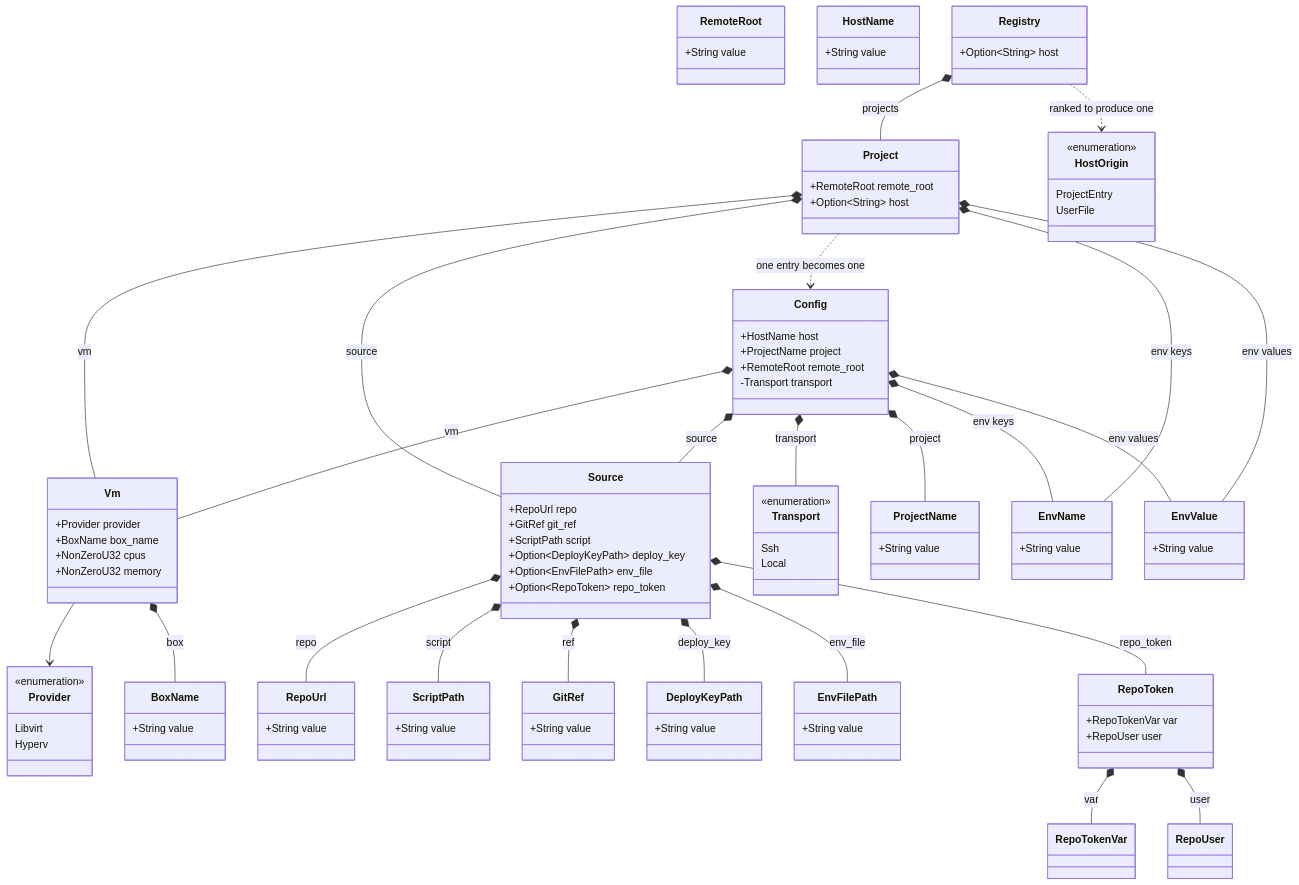
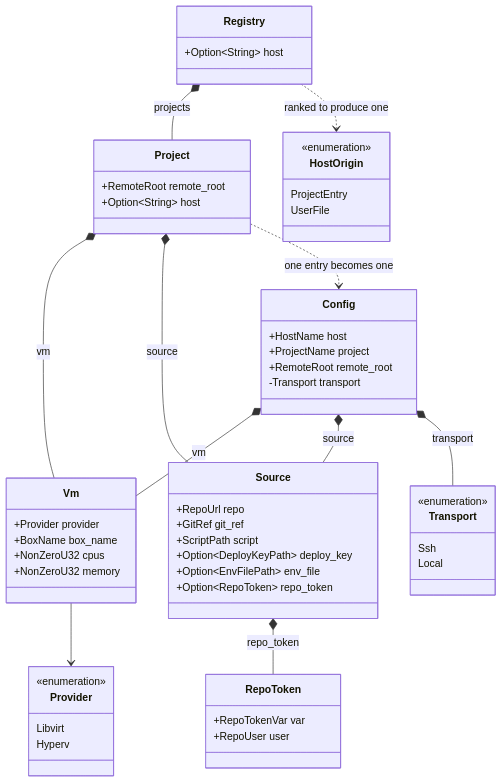
One commit to breki/bombyx changed the third of 6 diagrams in docs/architecture.md. Above: the diagram before and after it, drawn with Mermaid. The commit also changed other lines of this file and 20 other files, not shown here.

````diff
--- a/docs/architecture.md
+++ b/docs/architecture.md
@@ -250,39 +167,6 @@
   class RepoToken {
     +RepoTokenVar var
     +RepoUser user
-  }
-  class RepoUrl {
-    +String value
-  }
-  class ScriptPath {
-    +String value
-  }
-  class GitRef {
-    +String value
-  }
-  class BoxName {
-    +String value
-  }
-  class ProjectName {
-    +String value
-  }
-  class RemoteRoot {
-    +String value
-  }
-  class DeployKeyPath {
-    +String value
-  }
-  class EnvFilePath {
-    +String value
-  }
-  class HostName {
-    +String value
-  }
-  class EnvName {
-    +String value
-  }
-  class EnvValue {
-    +String value
   }
   class Provider {
     <<enumeration>>
@@ -315,19 +199,6 @@
   Project *-- Source : source
   Project ..> Config : one entry becomes one
   Vm --> Provider
-  Source *-- RepoUrl : repo
-  Source *-- ScriptPath : script
-  Source *-- GitRef : ref
-  Source *-- DeployKeyPath : deploy_key
-  Source *-- EnvFilePath : env_file
   Source *-- RepoToken : repo_token
-  RepoToken *-- RepoTokenVar : var
-  RepoToken *-- RepoUser : user
-  Vm *-- BoxName : box
-  Config *-- ProjectName : project
-  Config *-- EnvName : env keys
-  Config *-- EnvValue : env values
-  Project *-- EnvName : env keys
-  Project *-- EnvValue : env values
   Registry ..> HostOrigin : ranked to produce one
 ```
````
